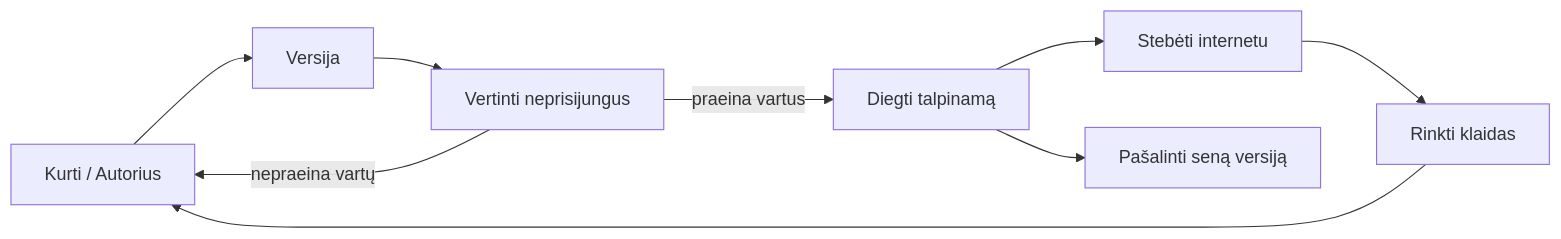
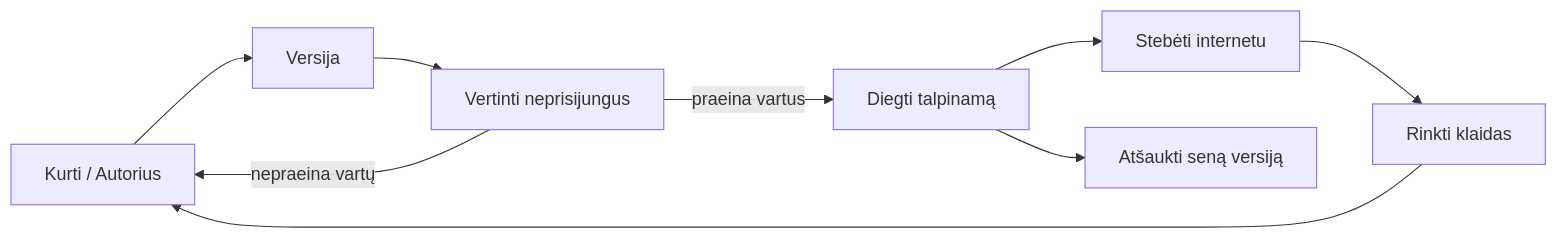
The second of 4 diagrams in mirrors/repos/microsoft@ai-agents-for-beginners/translations/lt/16-deploying-scalable-agents/README.md (gabrielmoreira/agent-skills-mirror), drawn with Mermaid before and after one commit. The commit also changed other lines of this file and 3581 other files, not shown here.

````diff
--- a/mirrors/repos/microsoft@ai-agents-for-beginners/translations/lt/16-deploying-scalable-agents/README.md
+++ b/mirrors/repos/microsoft@ai-agents-for-beginners/translations/lt/16-deploying-scalable-agents/README.md
@@ -108,11 +108,11 @@
 ```mermaid
 flowchart LR
     Create[Kurti / Autorius] --> Version[Versija]
     Version --> Evaluate[Vertinti neprisijungus]
     Evaluate -->|praeina vartus| Deploy[Diegti talpinamą]
     Evaluate -->|nepraeina vartų| Create
     Deploy --> Observe[Stebėti internetu]
     Observe --> Improve[Rinkti klaidas]
     Improve --> Create
-    Deploy --> Retire[Pašalinti seną versiją]
+    Deploy --> Retire[Atšaukti seną versiją]
 ```
````
